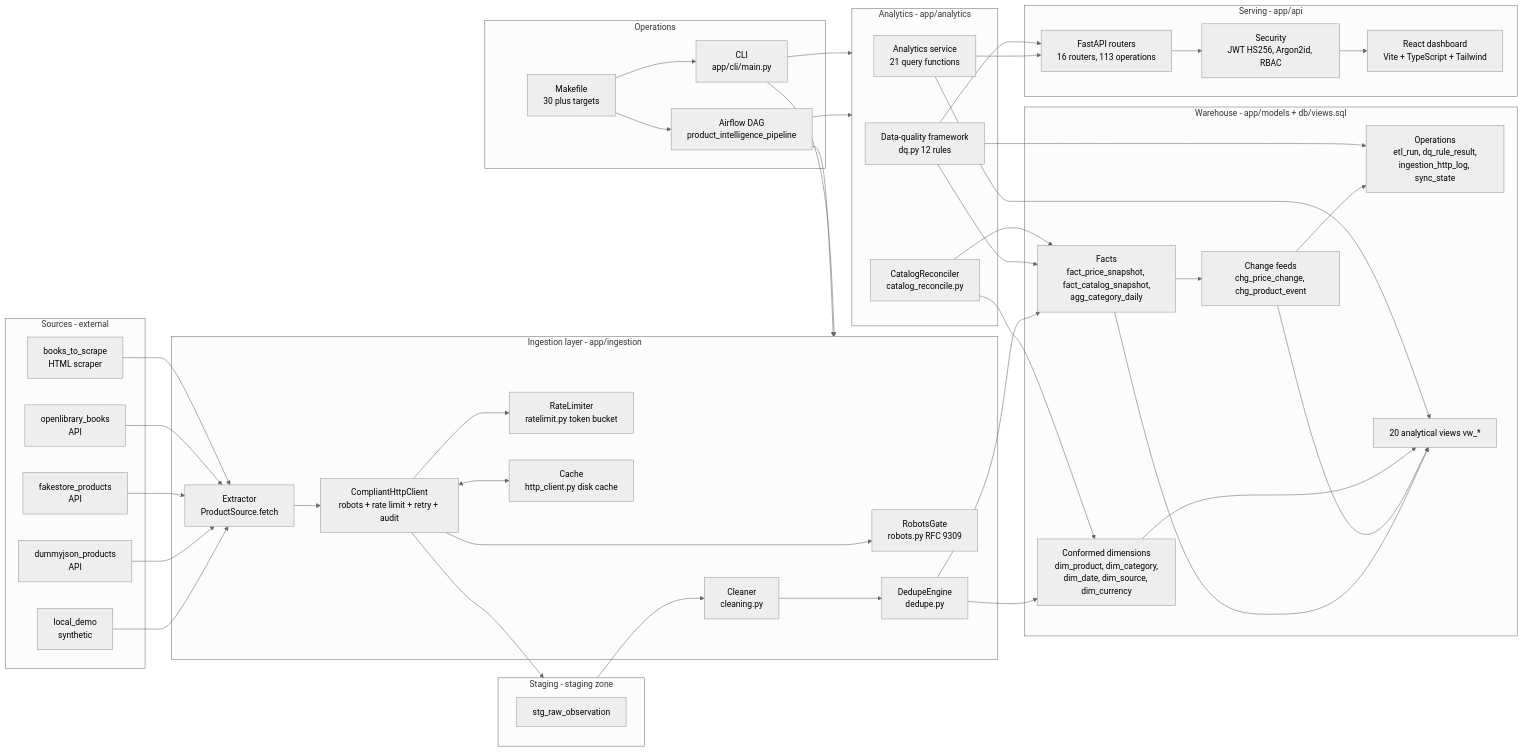
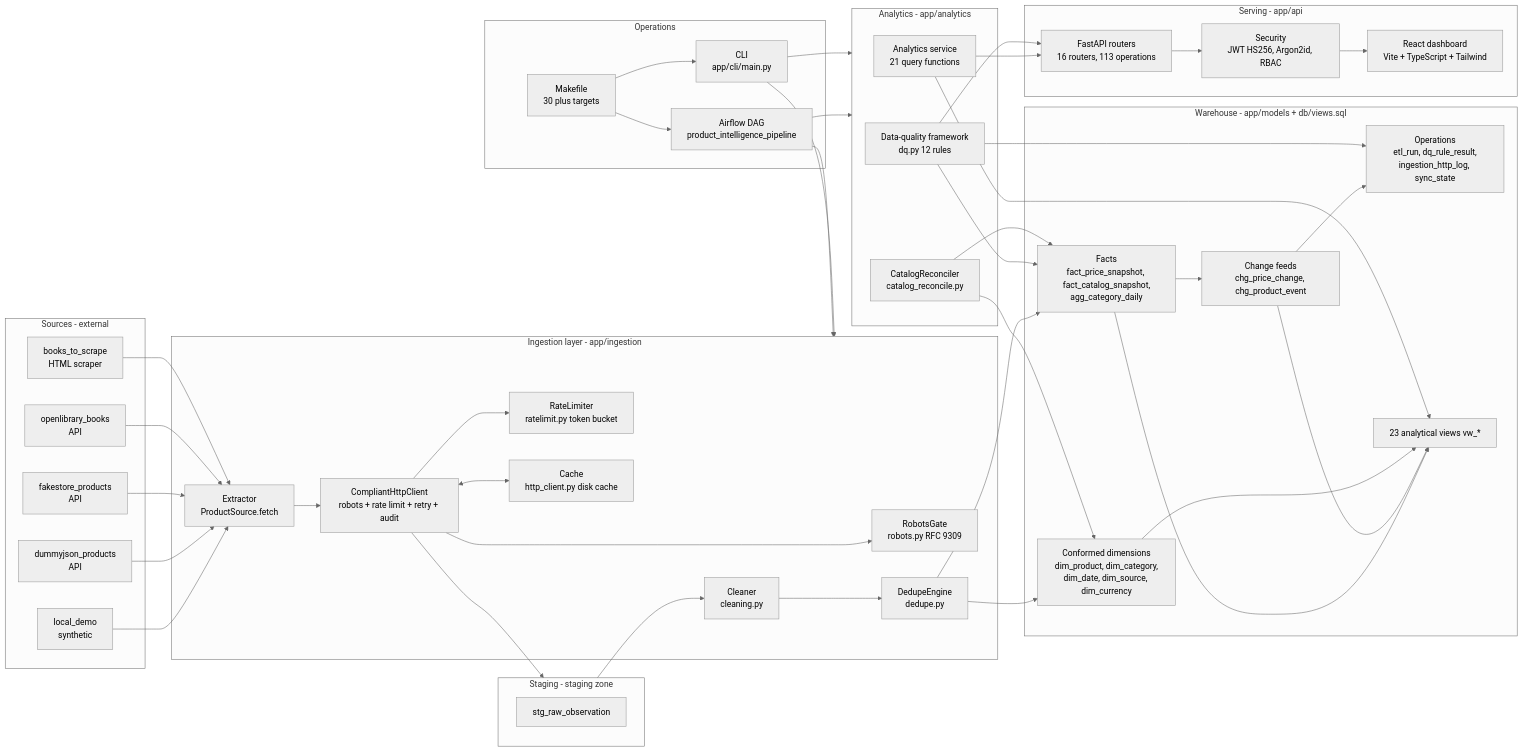
The second of 4 diagrams in docs/08_system_analysis_design.md (Ahmedbakr78/Web-to-Warehouse-Product-Intelligence-Pipeline), drawn with Mermaid (neutral theme) before and after one commit. The commit also changed other lines of this file and 92 other files, not shown here.

```diff
--- a/docs/08_system_analysis_design.md
+++ b/docs/08_system_analysis_design.md
@@ -284,7 +284,7 @@
         FAC["Facts<br/>fact_price_snapshot, fact_catalog_snapshot,<br/>agg_category_daily"]
         CHG["Change feeds<br/>chg_price_change, chg_product_event"]
         OPS["Operations<br/>etl_run, dq_rule_result,<br/>ingestion_http_log, sync_state"]
-        VIEWS["20 analytical views vw_*"]
+        VIEWS["23 analytical views vw_*"]
     end
 
     subgraph ANA["Analytics - app/analytics"]
```
